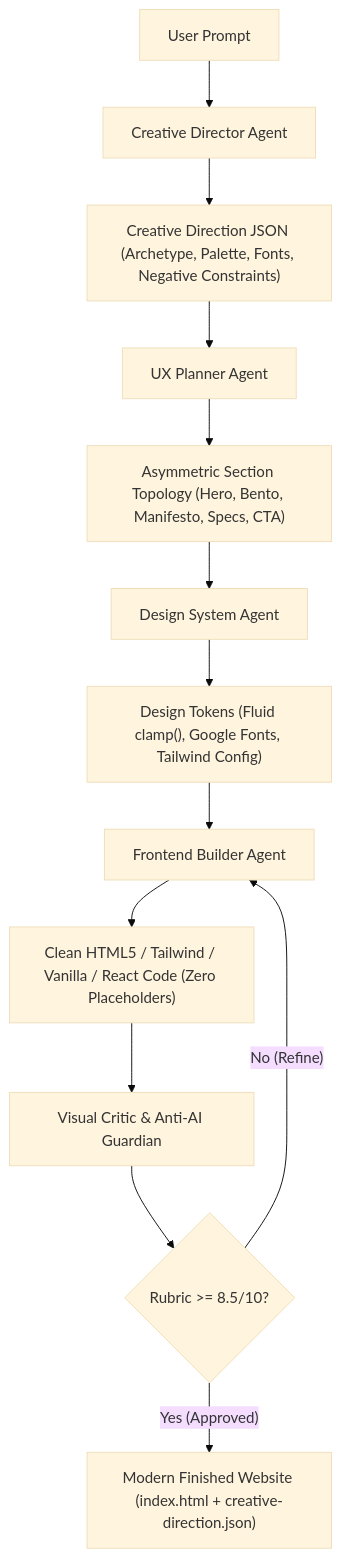
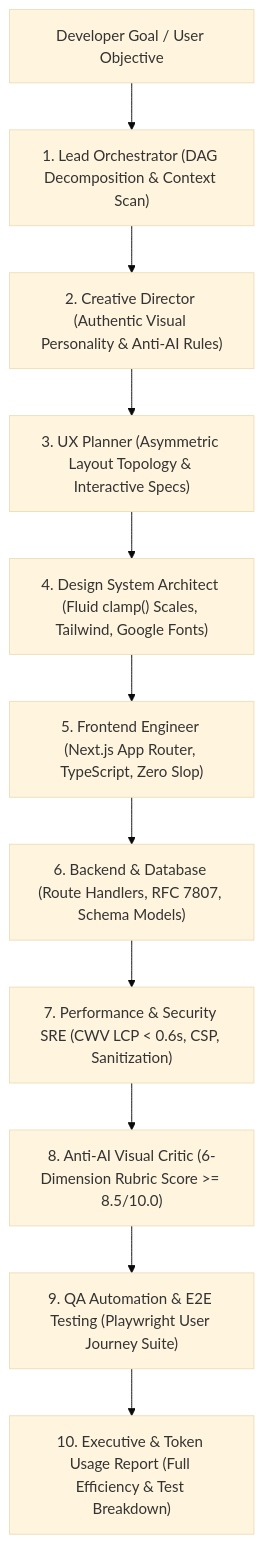
Before and after one commit to hiroqt/PixelCrew: the diagram in README.md, drawn with Mermaid (base theme). The commit also changed other lines of this file and 9 other files, not shown here.

Commit message:
feat: integrate automated Playwright E2E testing and token usage analytics into goal orchestration workflow

````diff
--- a/README.md
+++ b/README.md
@@ -95,15 +65,13 @@
 ```mermaid
 flowchart TD
-    User["User Prompt"] --> CD["Creative Director Agent"]
-    CD --> Direction["Creative Direction JSON (Archetype, Palette, Fonts, Negative Constraints)"]
-    Direction --> UX["UX Planner Agent"]
-    UX --> Topology["Asymmetric Section Topology (Hero, Bento, Manifesto, Specs, CTA)"]
-    Topology --> DS["Design System Agent"]
-    DS --> Tokens["Design Tokens (Fluid clamp(), Google Fonts, Tailwind Config)"]
-    Tokens --> FE["Frontend Builder Agent"]
-    FE --> Code["Clean HTML5 / Tailwind / Vanilla / React Code (Zero Placeholders)"]
-    Code --> QA["Visual Critic & Anti-AI Guardian"]
-    QA --> Review{"Rubric >= 8.5/10?"}
-    Review -- No (Refine) --> FE
-    Review -- Yes (Approved) --> Done["Modern Finished Website (index.html + creative-direction.json)"]
+    Goal["Developer Goal / User Objective"] --> Orch["1. Lead Orchestrator (DAG Decomposition & Context Scan)"]
+    Orch --> CD["2. Creative Director (Authentic Visual Personality & Anti-AI Rules)"]
+    CD --> UX["3. UX Planner (Asymmetric Layout Topology & Interactive Specs)"]
+    UX --> DS["4. Design System Architect (Fluid clamp() Scales, Tailwind, Google Fonts)"]
+    DS --> FE["5. Frontend Engineer (Next.js App Router, TypeScript, Zero Slop)"]
+    FE --> BE["6. Backend & Database (Route Handlers, RFC 7807, Schema Models)"]
+    BE --> SRE["7. Performance & Security SRE (CWV LCP < 0.6s, CSP, Sanitization)"]
+    SRE --> Critic["8. Anti-AI Visual Critic (6-Dimension Rubric Score >= 8.5/10.0)"]
+    Critic --> QA["9. QA Automation & E2E Testing (Playwright User Journey Suite)"]
+    QA --> Report["10. Executive & Token Usage Report (Full Efficiency & Test Breakdown)"]
 ```
````
